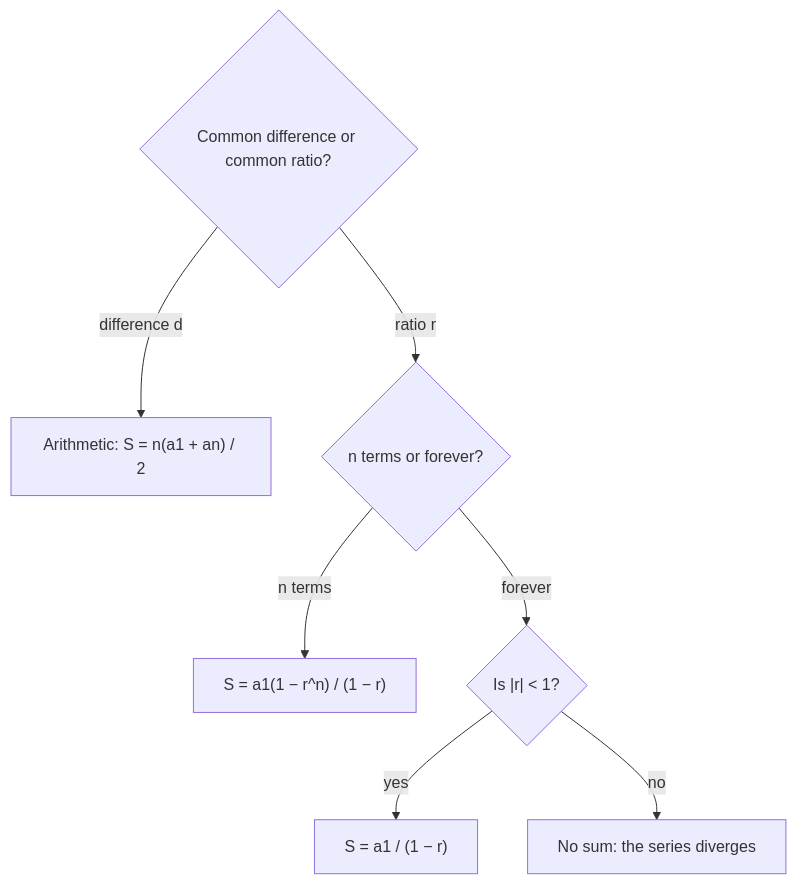
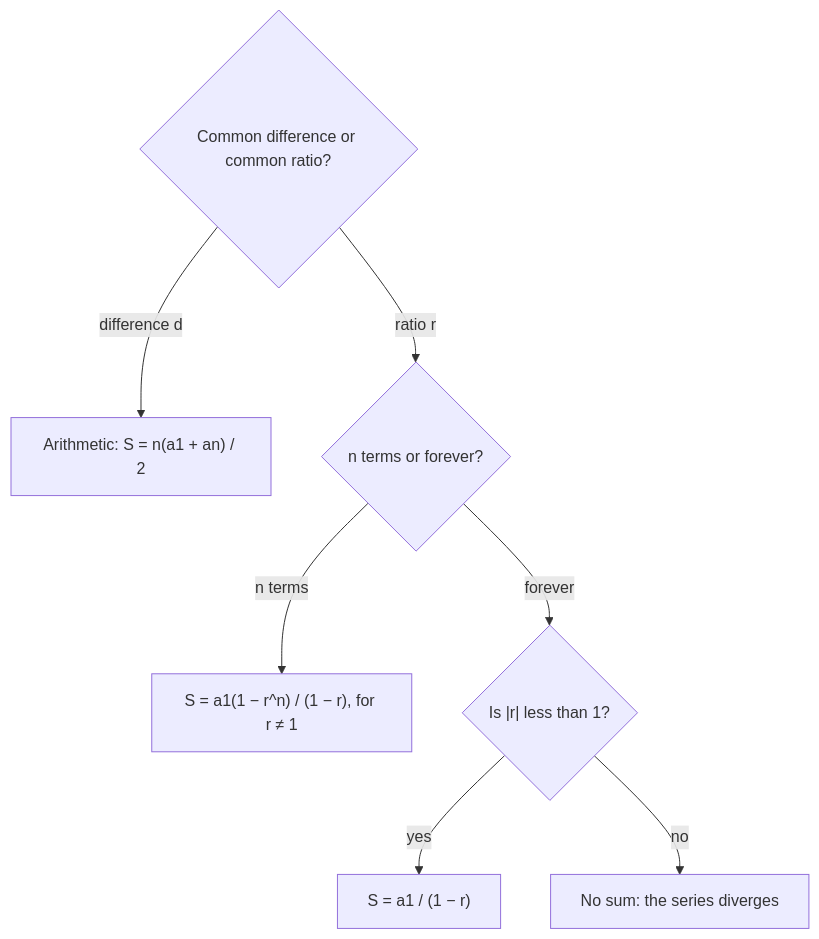
Before and after one commit to Aziliz/erudior: the diagram in content/math/algebra1/lessons/32h3-series.md, drawn with Mermaid. The commit also changed 9 other files, not shown here.

````diff
--- a/content/math/algebra1/lessons/32h3-series.md
+++ b/content/math/algebra1/lessons/32h3-series.md
@@ -98,11 +98,11 @@
 ```mermaid
 flowchart TD
   accTitle: Choosing a formula for the sum of a sequence
   accDescr: First decide whether the terms have a common difference or a common ratio. With a common difference, the series is arithmetic and the sum of n terms is n times the first term plus the last term, over 2. With a common ratio r, ask whether the sum has n terms or goes on forever. For n terms, the sum is a1 times 1 minus r to the n, over 1 minus r, when r is not 1. For an infinite sum, it exists only when the absolute value of r is less than 1, and then it equals a1 over 1 minus r. If the absolute value of r is 1 or more, the infinite series has no sum.
   A{"Common difference or common ratio?"} -- "difference d" --> B["Arithmetic: S = n(a1 + an) / 2"]
   A -- "ratio r" --> C{"n terms or forever?"}
-  C -- "n terms" --> D["S = a1(1 − r^n) / (1 − r)"]
-  C -- "forever" --> E{"Is |r| < 1?"}
+  C -- "n terms" --> D["S = a1(1 − r^n) / (1 − r), for r ≠ 1"]
+  C -- "forever" --> E{"Is |r| less than 1?"}
   E -- "yes" --> F["S = a1 / (1 − r)"]
   E -- "no" --> G["No sum: the series diverges"]
 ```
````
